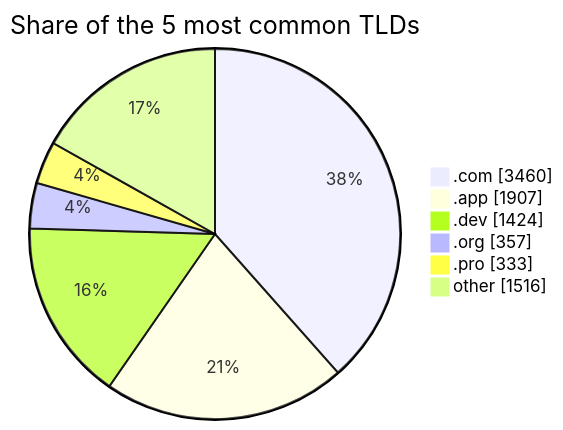
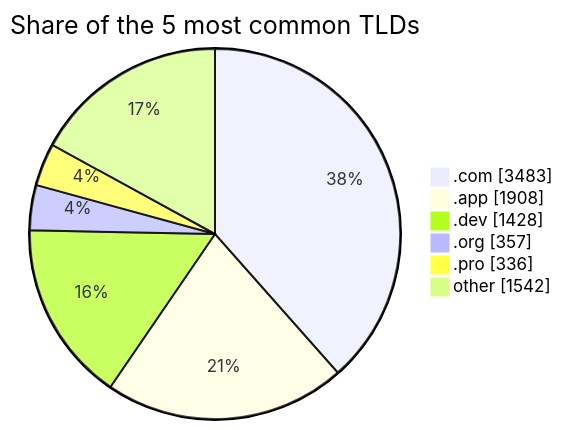
One commit to DNSBunker/CTI changed the second of 2 diagrams in README.md. Above: the diagram before and after it, drawn with Mermaid. The commit also changed other lines of this file and 3 other files, not shown here.

````diff
--- a/README.md
+++ b/README.md
@@ -72,9 +72,9 @@
 ```mermaid
 pie showData title Share of the 5 most common TLDs
-    ".com" : 3460
-    ".app" : 1907
-    ".dev" : 1424
+    ".com" : 3483
+    ".app" : 1908
+    ".dev" : 1428
     ".org" : 357
-    ".pro" : 333
-    "other" : 1516
+    ".pro" : 336
+    "other" : 1542
 ```
````
